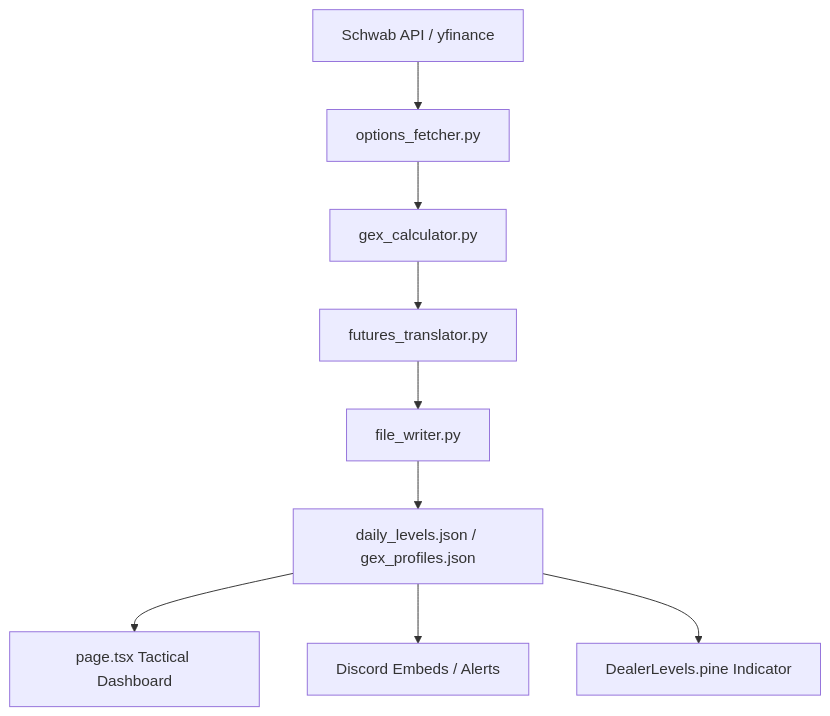
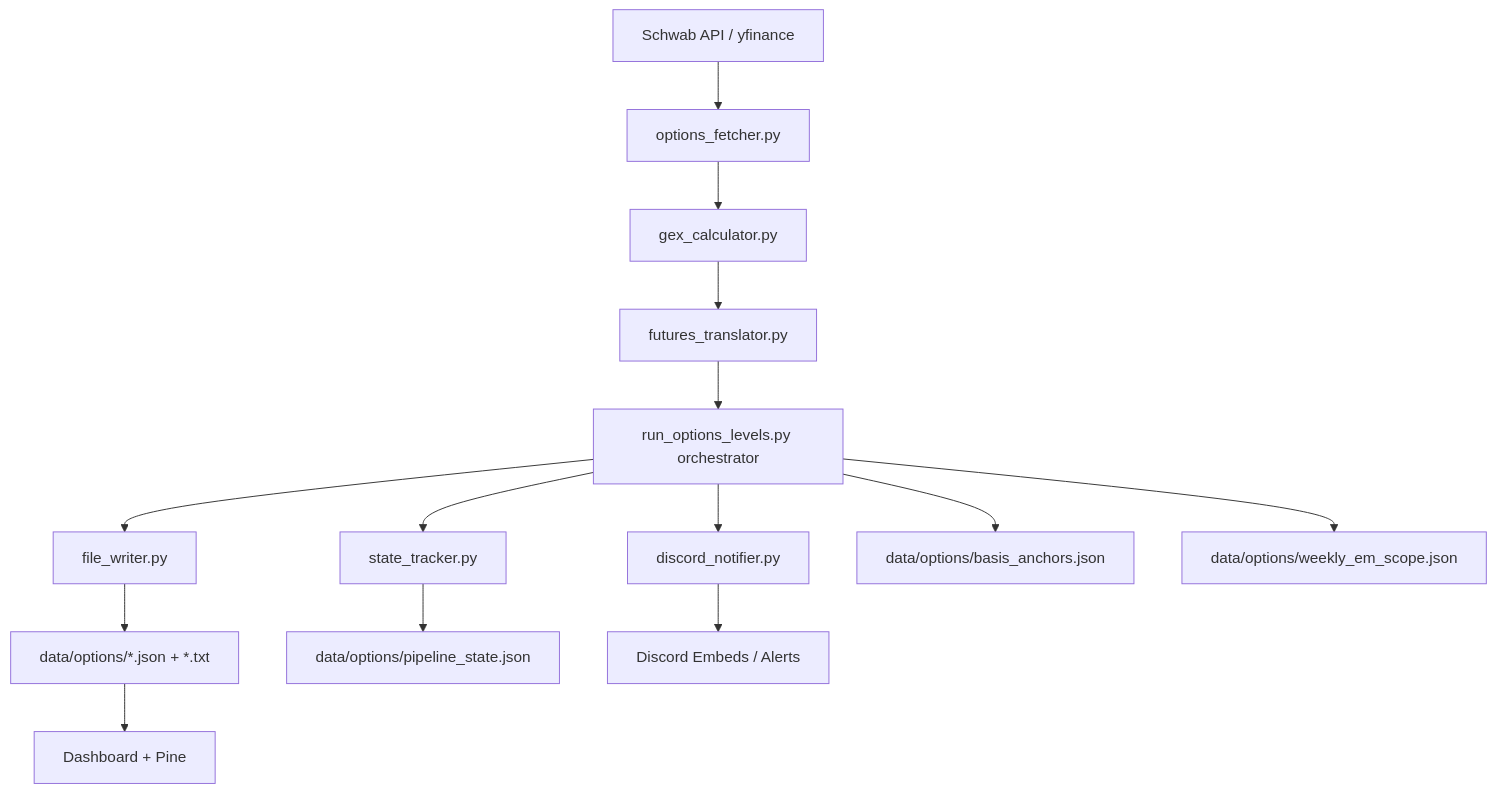
Before and after one commit to vinay-veerappa/tvDownloadOHLC: the diagram in docs/indicators/Options/DESIGN.md, drawn with Mermaid. The commit also changed other lines of this file and 13 other files, not shown here.

Commit message:
Fix EM85 propagation, add weekly scope persistence, and consolidate Options docs

````diff
--- a/docs/indicators/Options/DESIGN.md
+++ b/docs/indicators/Options/DESIGN.md
@@ -13,11 +13,16 @@
 ```mermaid
 graph TD
     A[Schwab API / yfinance] --> B[options_fetcher.py]
     B --> C[gex_calculator.py]
     C --> D[futures_translator.py]
-    D --> E[file_writer.py]
-    E --> F[daily_levels.json / gex_profiles.json]
-    F --> G[page.tsx Tactical Dashboard]
-    F --> H[Discord Embeds / Alerts]
-    F --> I[DealerLevels.pine Indicator]
+  D --> E[run_options_levels.py orchestrator]
+  E --> F[file_writer.py]
+  E --> G[state_tracker.py]
+  E --> H[discord_notifier.py]
+  F --> I[data/options/*.json + *.txt]
+  G --> J[data/options/pipeline_state.json]
+  E --> K[data/options/basis_anchors.json]
+  E --> L[data/options/weekly_em_scope.json]
+  I --> M[Dashboard + Pine]
+  H --> N[Discord Embeds / Alerts]
 ```
````
